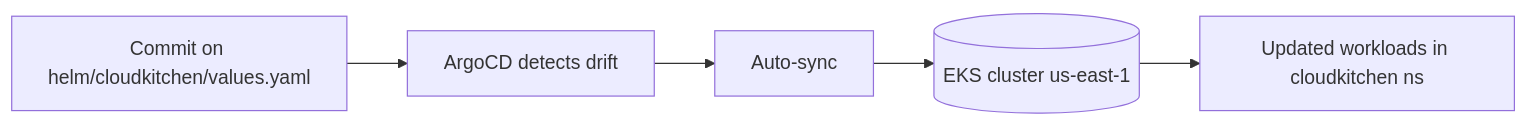
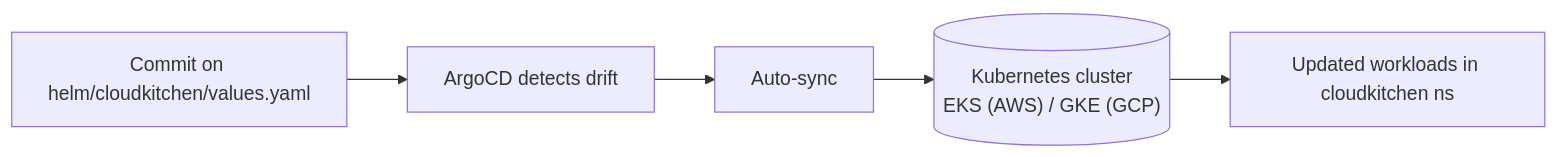
Before and after one commit to lokeshzenbook-coder/cloudkitchen-app: the fourth of 4 diagrams in docs/architecture/PHASE-1.md, drawn with Mermaid. The commit also changed other lines of this file and 1 other file, not shown here.

````diff
--- a/docs/architecture/PHASE-1.md
+++ b/docs/architecture/PHASE-1.md
@@ -167,7 +168,7 @@
 ```mermaid
 flowchart LR
     commit[Commit on helm/cloudkitchen/values.yaml] --> argo[ArgoCD detects drift]
     argo --> sync[Auto-sync]
-    sync --> eks[(EKS cluster us-east-1)]
-    eks --> live[Updated workloads in cloudkitchen ns]
+    sync --> k8s[("Kubernetes cluster<br/>EKS (AWS) / GKE (GCP)")]
+    k8s --> live[Updated workloads in cloudkitchen ns]
 ```
````
